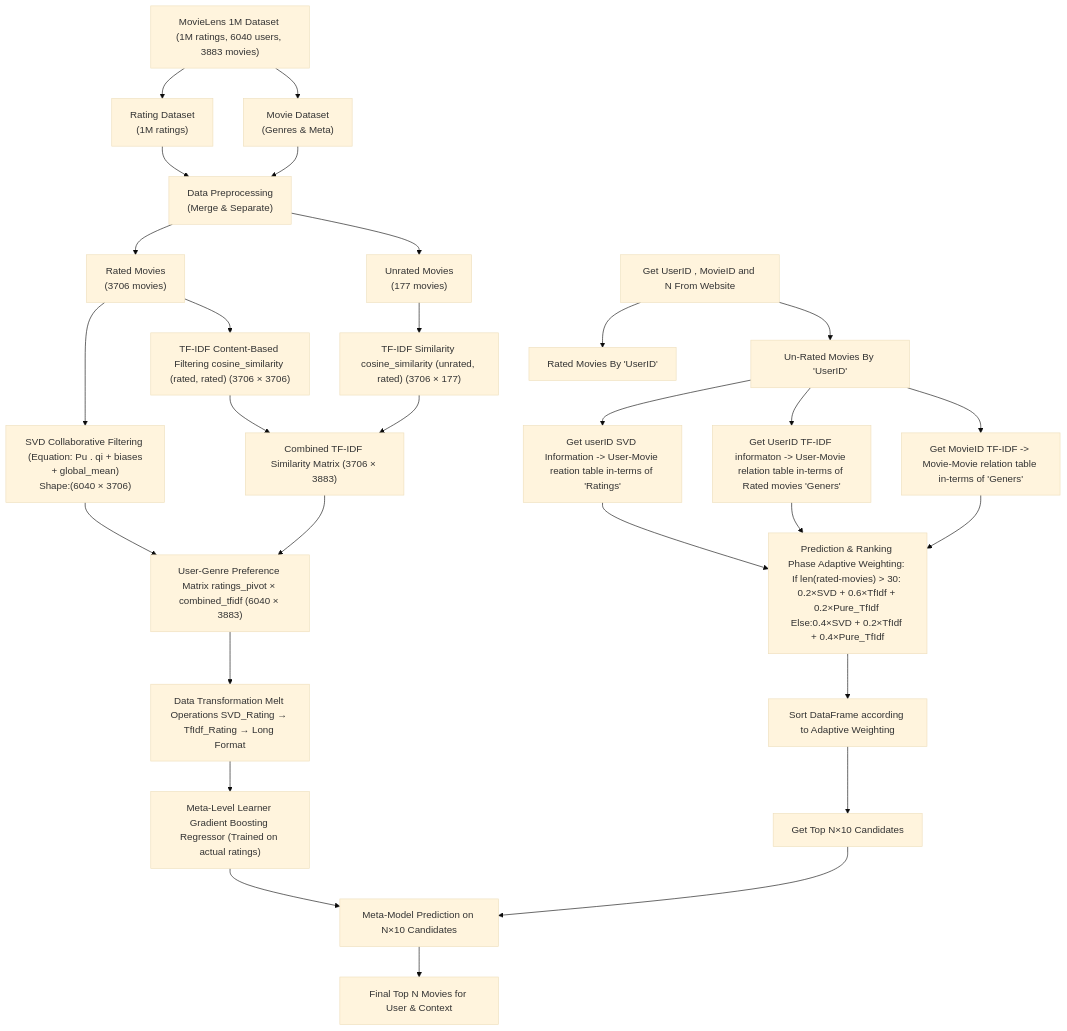
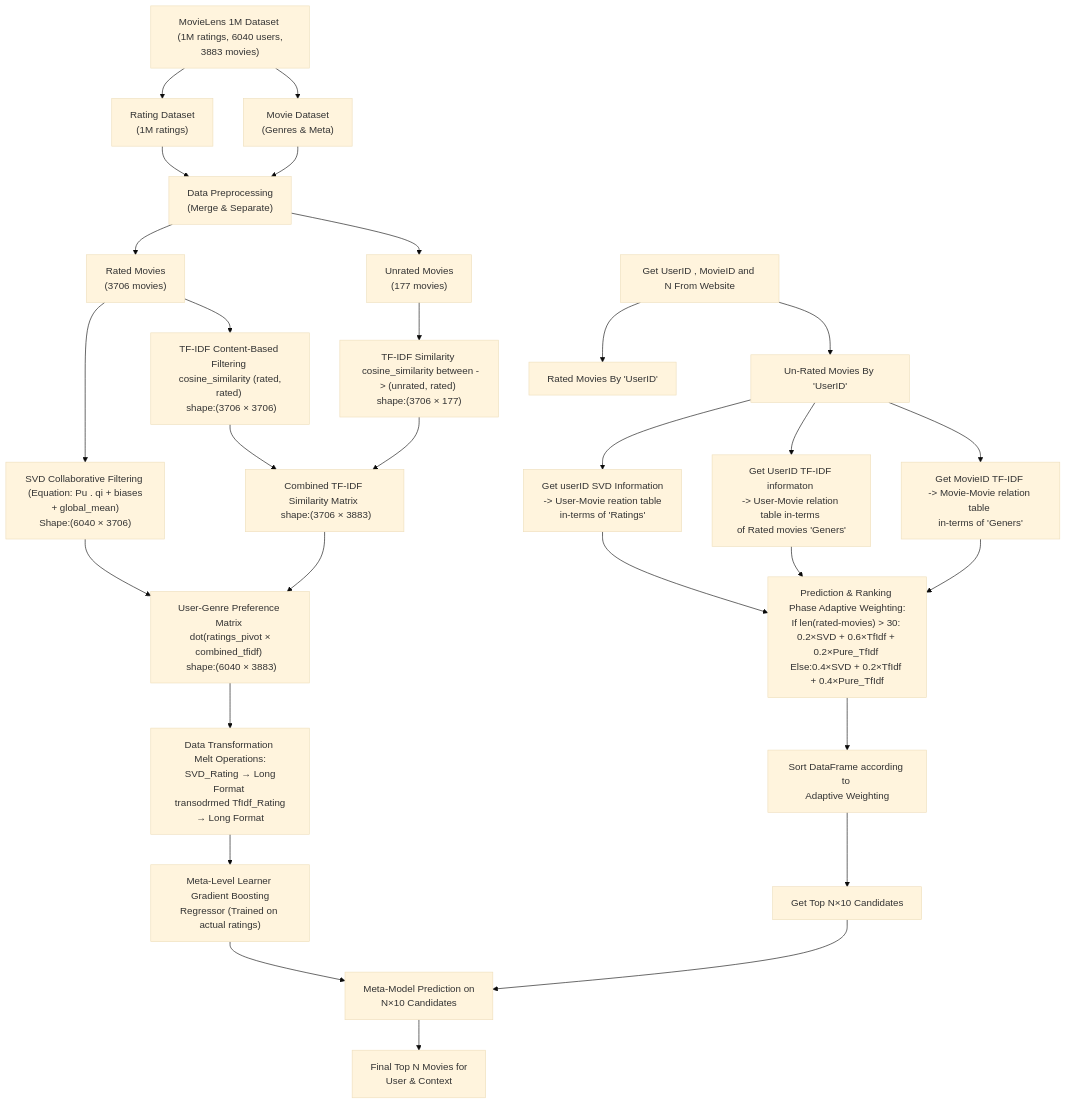
One commit to NiazMahmud2001/MetaLevel-HybridMovie-Recommender changed the diagram in README.md. Above: the diagram before and after it, drawn with Mermaid (base theme).

````diff
--- a/README.md
+++ b/README.md
@@ -83,38 +83,38 @@
 ```mermaid
 graph TD
-    A["MovieLens 1M Dataset (1M ratings, 6040 users, 3883 movies)"]
+    A["MovieLens 1M Dataset <br> (1M ratings, 6040 users, 3883 movies)"]
     A --> B["Rating Dataset <br> (1M ratings)"]
     A --> C["Movie Dataset <br> (Genres & Meta)"]
     B --> D["Data Preprocessing <br> (Merge & Separate)"]
     C --> D
     D --> E["Rated Movies <br> (3706 movies)"]
     D --> F["Unrated Movies <br> (177 movies)"]
 
     E --> G1["SVD Collaborative Filtering <br> (Equation: Pu . qi + biases + global_mean)<br>Shape:(6040 × 3706)"]
-    E --> G2["TF-IDF Content-Based Filtering cosine_similarity (rated, rated) (3706 × 3706)"]
-    F --> G3["TF-IDF Similarity cosine_similarity (unrated, rated) (3706 × 177)"]
+    E --> G2["TF-IDF Content-Based Filtering <br> cosine_similarity (rated, rated) <br> shape:(3706 × 3706)"]
+    F --> G3["TF-IDF Similarity <br> cosine_similarity between -> (unrated, rated) <br>shape:(3706 × 177)"]
 
-    G2 --> H["Combined TF-IDF Similarity Matrix (3706 × 3883)"]
+    G2 --> H["Combined TF-IDF Similarity Matrix <br> shape:(3706 × 3883)"]
     G3 --> H
     G1 --> I
-    H --> I["User-Genre Preference Matrix ratings_pivot × combined_tfidf (6040 × 3883)"]
-    I --> J["Data Transformation Melt Operations SVD_Rating → TfIdf_Rating → Long Format"]
-    J --> K["Meta-Level Learner Gradient Boosting Regressor (Trained on actual ratings)"]
+    H --> I["User-Genre Preference Matrix <br> dot(ratings_pivot × combined_tfidf) <br> shape:(6040 × 3883)"]
+    I --> J["Data Transformation <br> Melt Operations: <br> SVD_Rating → Long Format <br> transodrmed TfIdf_Rating → Long Format"]
+    J --> K["Meta-Level Learner <br> Gradient Boosting Regressor (Trained on actual ratings)"]
 
     L["Get UserID , MovieID and N From Website"]
     L --> M["Rated Movies By 'UserID'"]
     L --> N["Un-Rated Movies By 'UserID'"]
-    N --> O["Get userID SVD Information -> User-Movie reation table in-terms of 'Ratings' "]
-    N --> P["Get UserID TF-IDF informaton -> User-Movie relation table in-terms of Rated movies 'Geners' "]
-    N --> V["Get MovieID TF-IDF -> Movie-Movie relation table in-terms of 'Geners'"]
+    N --> O["Get userID SVD Information <br>-> User-Movie reation table <br>in-terms of 'Ratings' "]
+    N --> P["Get UserID TF-IDF informaton <br>-> User-Movie relation table in-terms <br>of Rated movies 'Geners' "]
+    N --> V["Get MovieID TF-IDF <br>-> Movie-Movie relation table <br>in-terms of 'Geners'"]
 
-    Q["Prediction & Ranking Phase Adaptive Weighting: If len(rated-movies) > 30: 0.2×SVD + 0.6×TfIdf + 0.2×Pure_TfIdf Else:0.4×SVD + 0.2×TfIdf + 0.4×Pure_TfIdf"]
+    Q["Prediction & Ranking Phase Adaptive Weighting:<br>If len(rated-movies) > 30: 0.2×SVD + 0.6×TfIdf + 0.2×Pure_TfIdf <br>Else:0.4×SVD + 0.2×TfIdf + 0.4×Pure_TfIdf"]
     O --> Q
     P --> Q
     V --> Q
-    Q --> R["Sort DataFrame according to Adaptive Weighting"]
+    Q --> R["Sort DataFrame according to <br>Adaptive Weighting"]
     R --> S["Get Top N×10 Candidates"]
-    S --> T["Meta-Model Prediction on N×10 Candidates"]
+    S --> T["Meta-Model Prediction on<br> N×10 Candidates"]
     K --> T
-    T --> U["Final Top N Movies for User & Context"]
+    T --> U["Final Top N Movies for <br>User & Context"]
 ```
````
